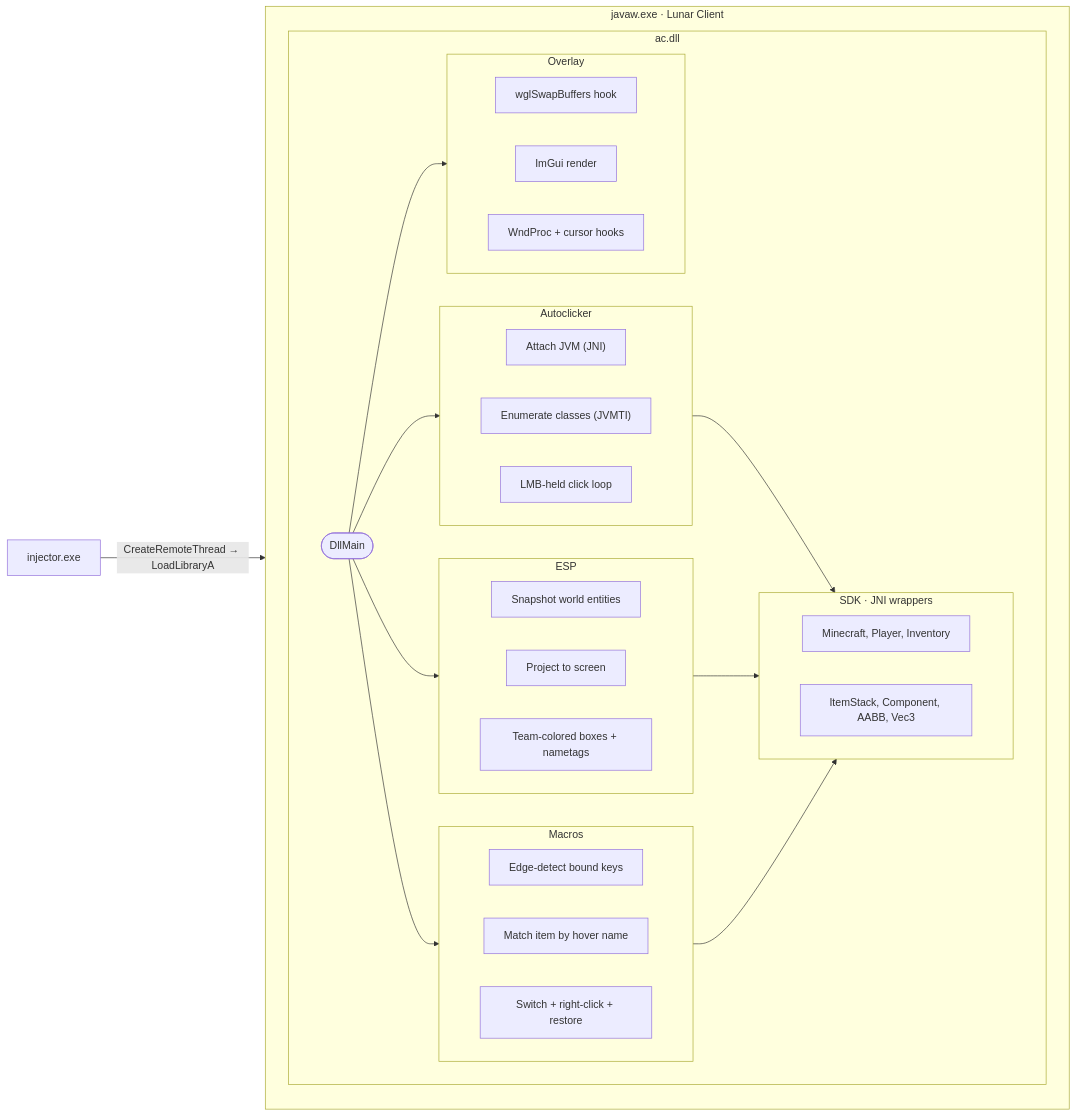
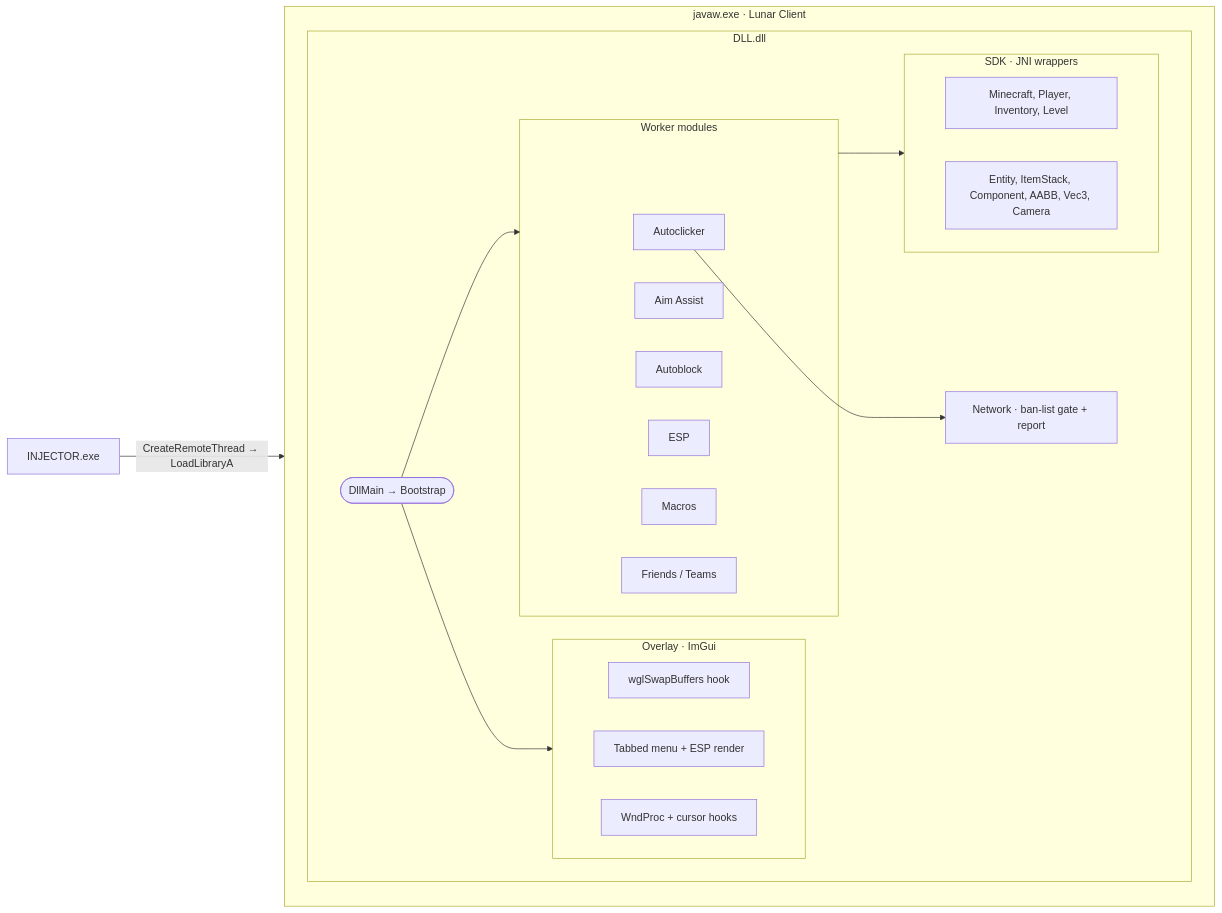
One commit to expires/autoclicker changed the first of 2 diagrams in README.md. Above: the diagram before and after it, drawn with Mermaid. The commit also changed other lines of this file, not shown here.

````diff
--- a/README.md
+++ b/README.md
@@ -13,47 +13,37 @@
 ```mermaid
 flowchart LR
-    INJ["injector.exe"] -->|"CreateRemoteThread → LoadLibraryA"| JVM
+    INJ["INJECTOR.exe"] -->|"CreateRemoteThread → LoadLibraryA"| JVM
 
     subgraph JVM["javaw.exe · Lunar Client"]
-        subgraph DLL["ac.dll"]
-            DllMain(["DllMain"])
+        subgraph DLL["DLL.dll"]
+            DllMain(["DllMain → Bootstrap"])
 
-            subgraph OVL["Overlay"]
+            subgraph OVL["Overlay · ImGui"]
                 o1["wglSwapBuffers hook"]
-                o2["ImGui render"]
+                o2["Tabbed menu + ESP render"]
                 o3["WndProc + cursor hooks"]
             end
 
-            subgraph ACM["Autoclicker"]
-                a1["Attach JVM (JNI)"]
-                a2["Enumerate classes (JVMTI)"]
-                a3["LMB-held click loop"]
-            end
-
-            subgraph ESP["ESP"]
-                e1["Snapshot world entities"]
-                e2["Project to screen"]
-                e3["Team-colored boxes + nametags"]
-            end
-
-            subgraph MAC["Macros"]
-                m1["Edge-detect bound keys"]
-                m2["Match item by hover name"]
-                m3["Switch + right-click + restore"]
+            subgraph MODS["Worker modules"]
+                m1["Autoclicker"]
+                m2["Aim Assist"]
+                m3["Autoblock"]
+                m4["ESP"]
+                m5["Macros"]
+                m6["Friends / Teams"]
             end
 
             subgraph SDK["SDK · JNI wrappers"]
-                s1["Minecraft, Player, Inventory"]
-                s2["ItemStack, Component, AABB, Vec3"]
+                s1["Minecraft, Player, Inventory, Level"]
+                s2["Entity, ItemStack, Component, AABB, Vec3, Camera"]
             end
 
+            NET["Network · ban-list gate + report"]
+
             DllMain --> OVL
-            DllMain --> ACM
-            DllMain --> ESP
-            DllMain --> MAC
-            ACM --> SDK
-            ESP --> SDK
-            MAC --> SDK
+            DllMain --> MODS
+            MODS --> SDK
+            m1 --> NET
         end
     end
 ```
````
